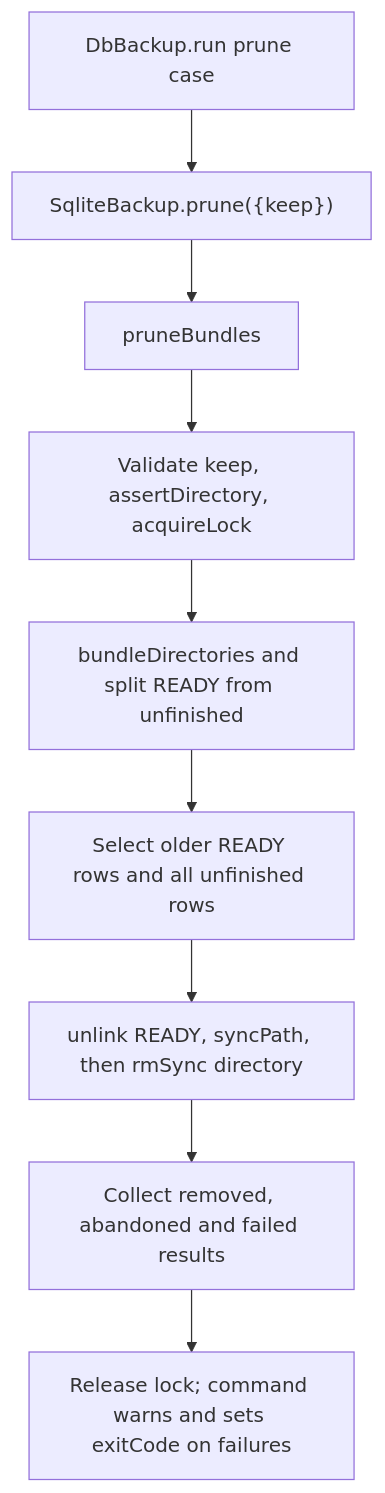
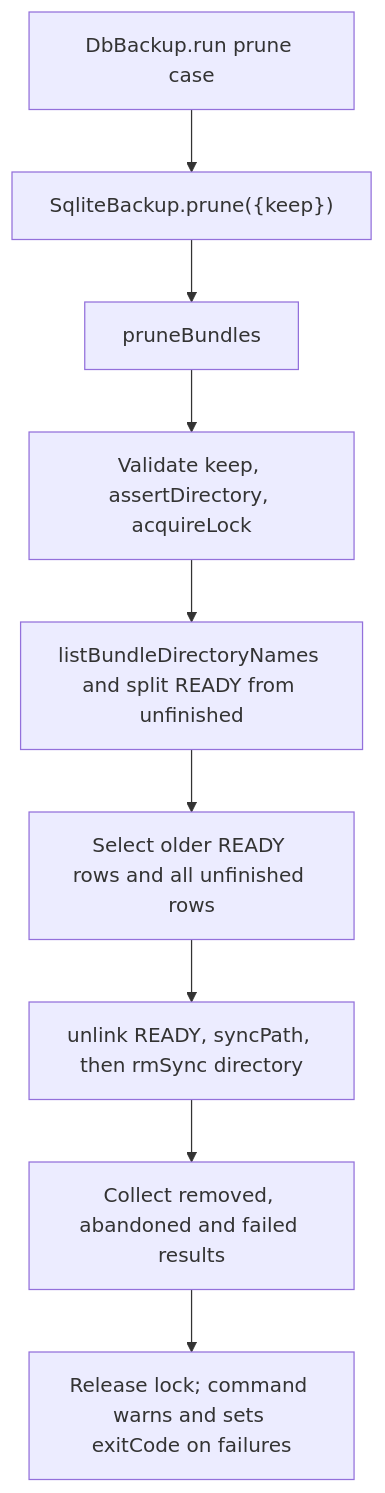
One commit to Kevinjohn/oss-adonisjs-sqlite-backup changed the second of 2 diagrams in user-stories/prune-bundles/us-op-05-prune-bundles.md. Above: the diagram before and after it, drawn with Mermaid. The commit also changed 4 other files, not shown here.

````diff
--- a/user-stories/prune-bundles/us-op-05-prune-bundles.md
+++ b/user-stories/prune-bundles/us-op-05-prune-bundles.md
@@ -41,11 +41,11 @@
 ```mermaid
 flowchart TD
     A["DbBackup.run prune case"] --> B["SqliteBackup.prune({keep})"]
     B --> C["pruneBundles"]
     C --> D["Validate keep, assertDirectory, acquireLock"]
-    D --> E["bundleDirectories and split READY from unfinished"]
+    D --> E["listBundleDirectoryNames and split READY from unfinished"]
     E --> F["Select older READY rows and all unfinished rows"]
     F --> G["unlink READY, syncPath, then rmSync directory"]
     G --> H["Collect removed, abandoned and failed results"]
     H --> I["Release lock; command warns and sets exitCode on failures"]
 ```
````
